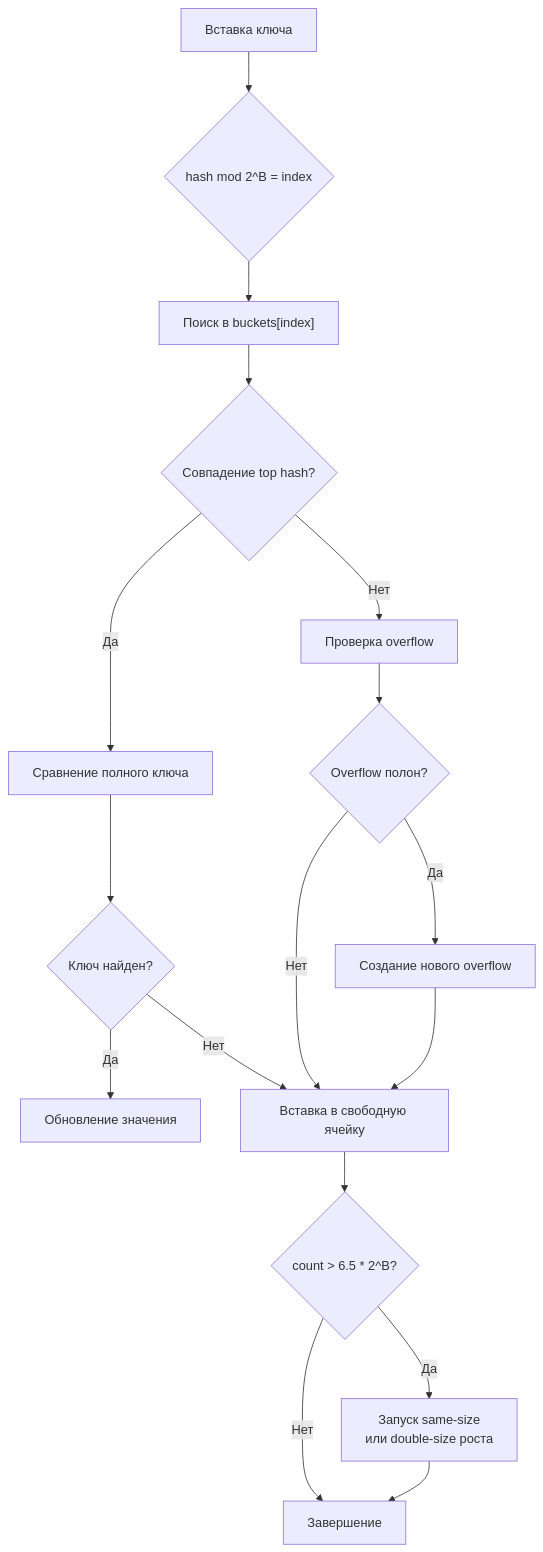
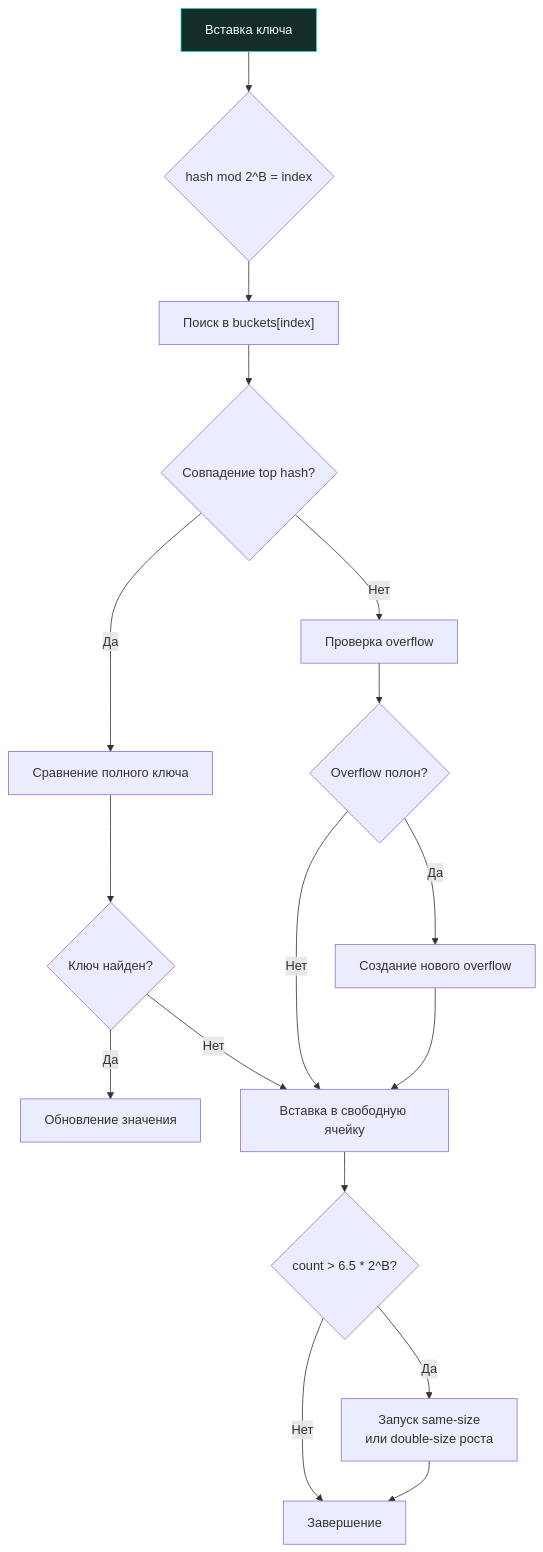
Before and after one commit to UnrealTemplier/go-textbook: the diagram in sources/6. Стандартная библиотека Go/26. maps, cmp и новые утилиты Go 1.21+.md, drawn with Mermaid. The commit also changed 1666 other files, not shown here.

First line of the commit message:
feat(mermaid): add semantic color classDef to 1369 colorless flowchart/graph diagrams

````diff
--- a/sources/6. Стандартная библиотека Go/26. maps, cmp и новые утилиты Go 1.21+.md
+++ b/sources/6. Стандартная библиотека Go/26. maps, cmp и новые утилиты Go 1.21+.md
@@ -38,19 +38,29 @@
 ```mermaid
 flowchart TD
-    A["Вставка ключа"] --> B{"hash mod 2^B = index"}
+    classDef process  fill:#1e293b,stroke:#38bdf8,stroke-width:1px,color:#f8fafc
+    classDef success  fill:#064e3b,stroke:#34d399,stroke-width:1px,color:#f8fafc
+    classDef error    fill:#7f1d1d,stroke:#f87171,stroke-width:1px,color:#f8fafc
+    classDef warning  fill:#78350f,stroke:#fbbf24,stroke-width:1px,color:#f8fafc
+    classDef entry    fill:#1e3a5f,stroke:#38bdf8,stroke-width:2px,color:#f8fafc
+    classDef aux      fill:#334155,stroke:#64748b,stroke-width:1px,color:#f8fafc
+    classDef system   fill:#312e81,stroke:#a78bfa,stroke-width:1px,color:#f8fafc
+    classDef data     fill:#132d29,stroke:#2dd4bf,stroke-width:1px,color:#f8fafc
+    classDef network  fill:#881337,stroke:#fb7185,stroke-width:1px,color:#f8fafc
+    classDef accent   fill:#1e1b4b,stroke:#818cf8,stroke-width:1px,color:#f8fafc
+    A["Вставка ключа"]:::data --> B{"hash mod 2^B = index"}
     B --> C["Поиск в buckets[index]"]
     C --> D{"Совпадение top hash?"}
     D -->|Да| E["Сравнение полного ключа"]
     D -->|Нет| F["Проверка overflow"]
     E --> G{"Ключ найден?"}
     G -->|Да| H["Обновление значения"]
     G -->|Нет| I["Вставка в свободную ячейку"]
     F --> J{"Overflow полон?"}
     J -->|Нет| I
     J -->|Да| K["Создание нового overflow"]
     K --> I
     I --> L{"count > 6.5 * 2^B?"}
     L -->|Да| M["Запуск same-size<br>или double-size роста"]
     L -->|Нет| N["Завершение"]
     M --> N
 ```
````
